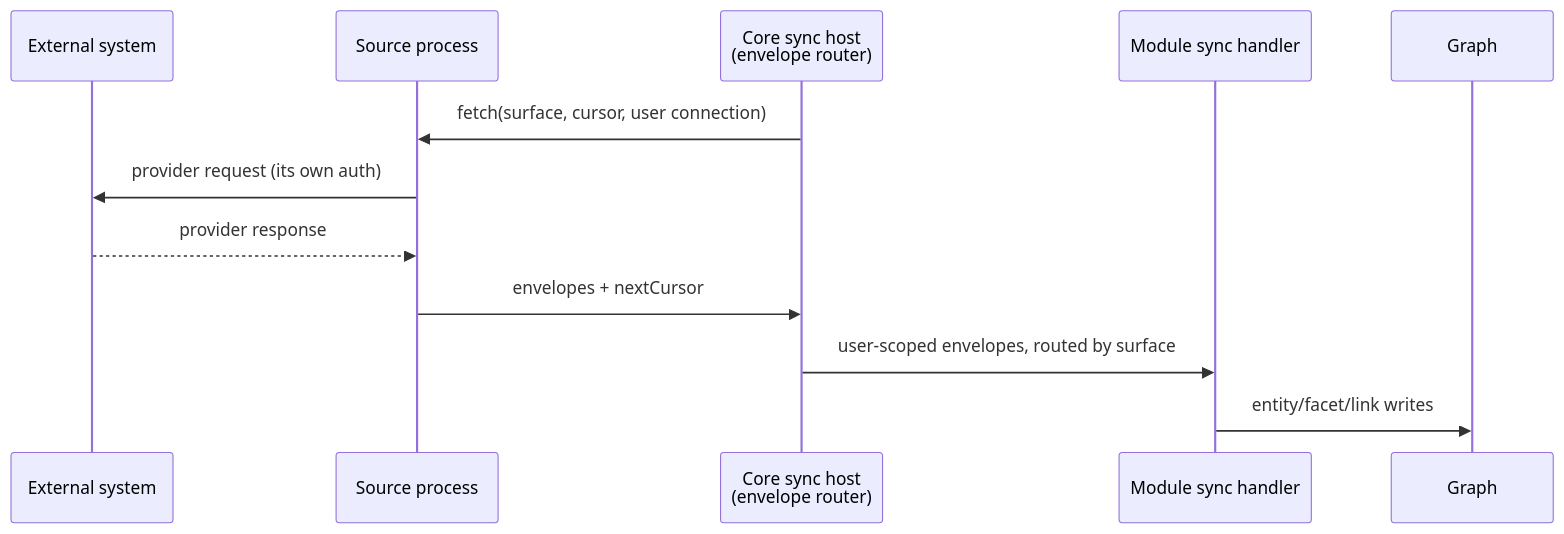
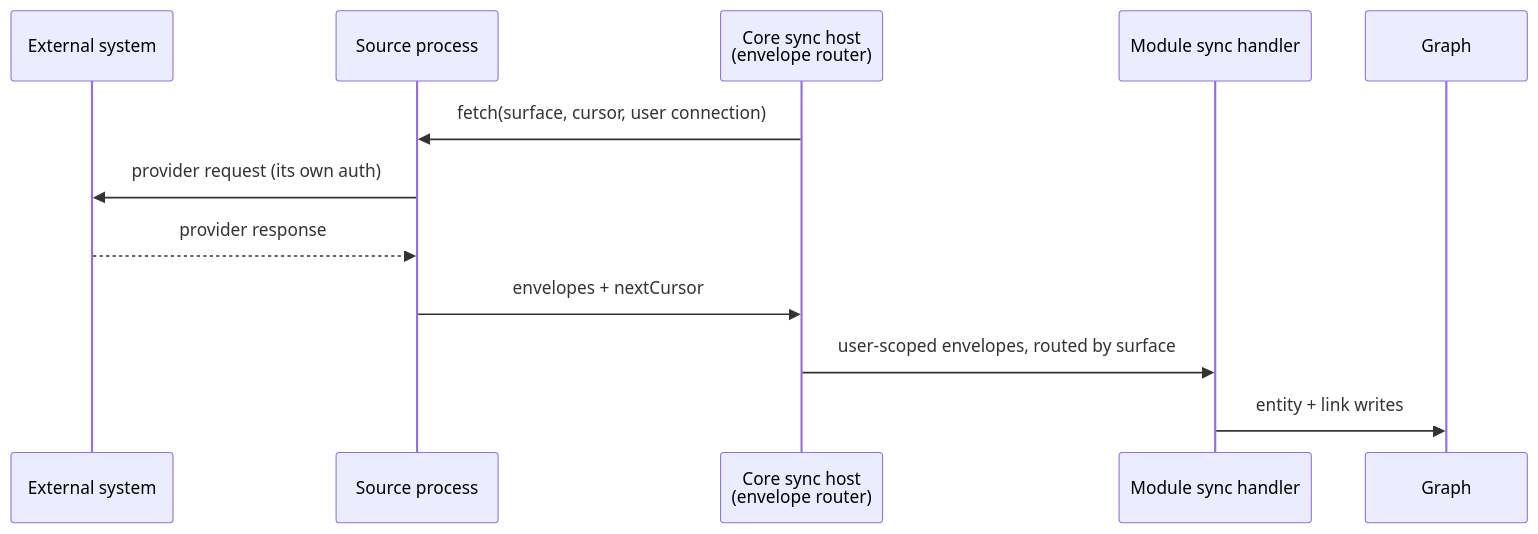
One commit to 0xmikko/magnis changed the second of 3 diagrams in docs/architecture.md. Above: the diagram before and after it, drawn with Mermaid. The commit also changed other lines of this file and 8 other files, not shown here.

First line of the commit message:
docs: the reference describes the property graph it actually has

````diff
--- a/docs/architecture.md
+++ b/docs/architecture.md
@@ -75,15 +76,15 @@
 ```mermaid
 sequenceDiagram
     participant Ext as External system
     participant Src as Source process
     participant Host as Core sync host<br/>(envelope router)
     participant Mod as Module sync handler
     participant G as Graph
 
     Host->>Src: fetch(surface, cursor, user connection)
     Src->>Ext: provider request (its own auth)
     Ext-->>Src: provider response
     Src->>Host: envelopes + nextCursor
     Host->>Mod: user-scoped envelopes, routed by surface
-    Mod->>G: entity/facet/link writes
+    Mod->>G: entity + link writes
 ```
````
